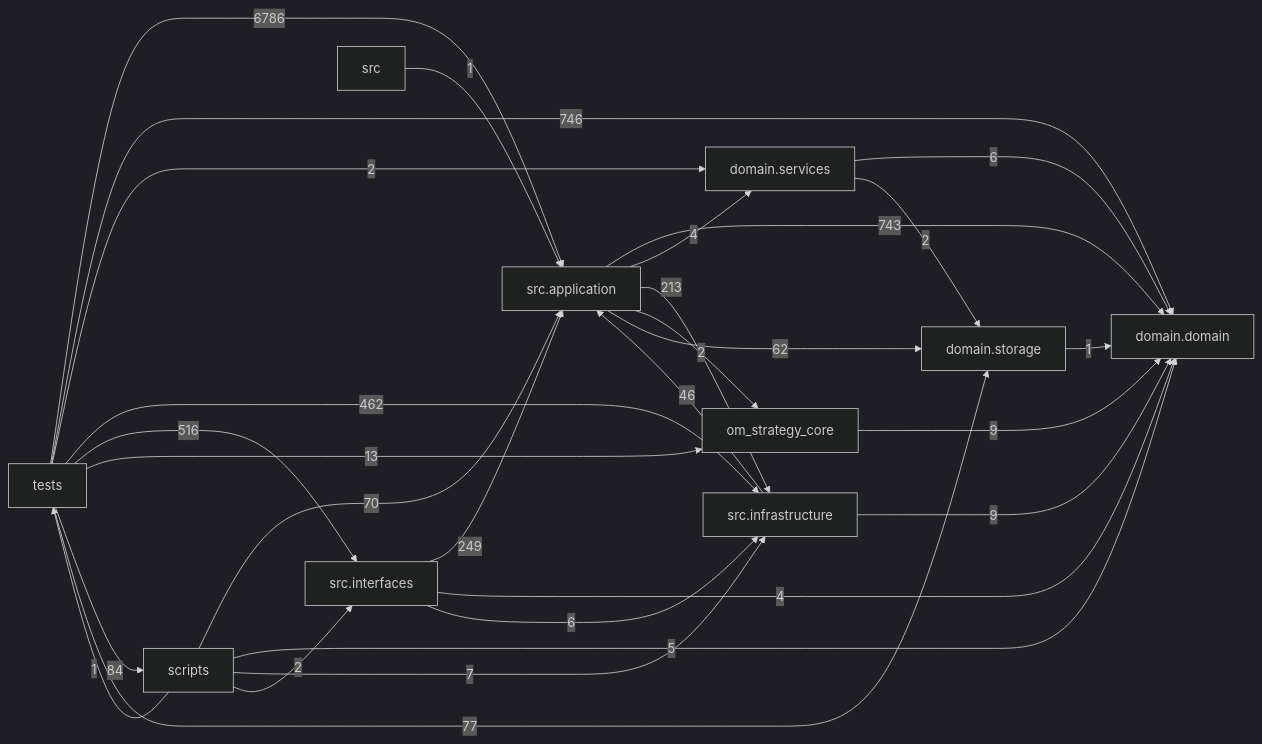
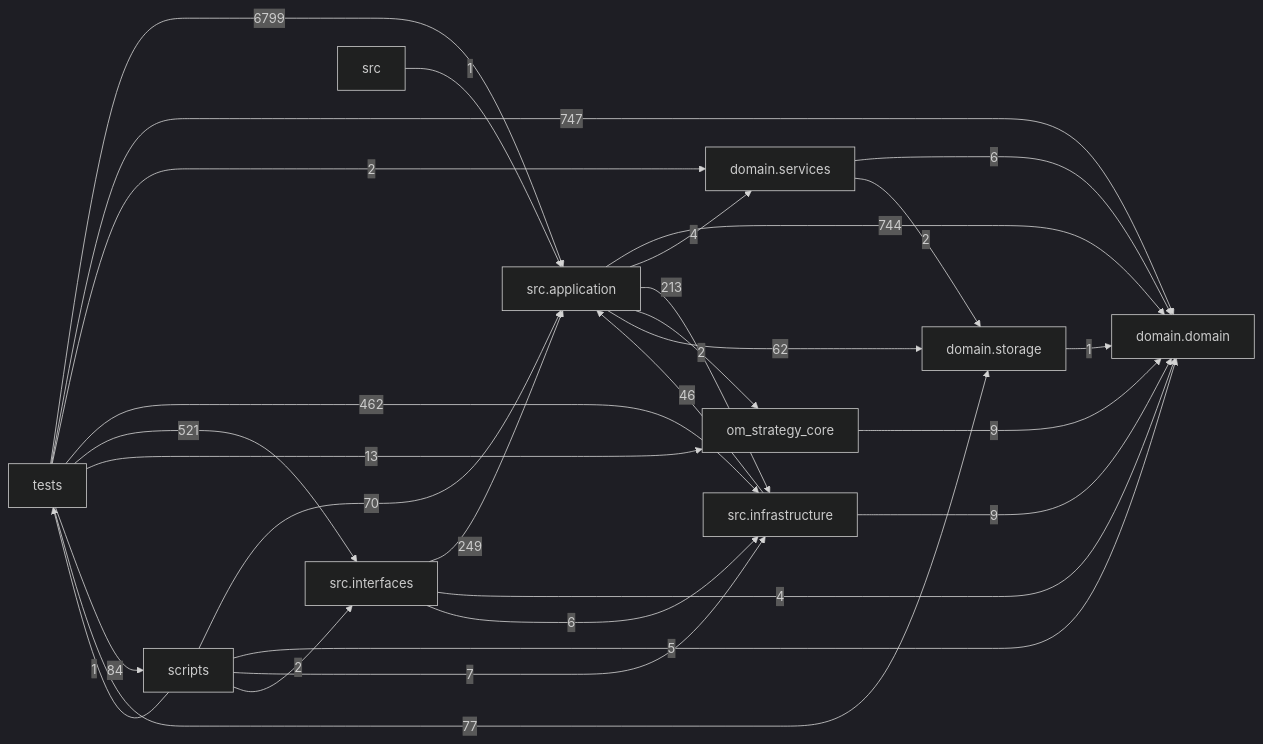
One commit to liuxie066/options-monitor changed the diagram in docs/DEPENDENCY_GRAPH.md. Above: the diagram before and after it, drawn with Mermaid (dark theme). The commit also changed other lines of this file and 20 other files, not shown here.

````diff
--- a/docs/DEPENDENCY_GRAPH.md
+++ b/docs/DEPENDENCY_GRAPH.md
@@ -24,39 +24,39 @@
 ```mermaid
 flowchart LR
   tests["tests"]
   scripts["scripts"]
   interfaces["src.interfaces"]
   application["src.application"]
   infrastructure["src.infrastructure"]
   domain_services["domain.services"]
   domain["domain.domain"]
   storage["domain.storage"]
-  application -->|743| domain
+  application -->|744| domain
   application -->|4| domain_services
   application -->|213| infrastructure
   application -->|2| om_strategy_core
   application -->|62| storage
   domain_services -->|6| domain
   domain_services -->|2| storage
   infrastructure -->|46| application
   infrastructure -->|9| domain
   interfaces -->|249| application
   interfaces -->|4| domain
   interfaces -->|6| infrastructure
   om_strategy_core -->|9| domain
   scripts -->|70| application
   scripts -->|5| domain
   scripts -->|7| infrastructure
   scripts -->|2| interfaces
   scripts -->|1| tests
   src -->|1| application
   storage -->|1| domain
-  tests -->|6786| application
-  tests -->|746| domain
+  tests -->|6799| application
+  tests -->|747| domain
   tests -->|2| domain_services
   tests -->|462| infrastructure
-  tests -->|516| interfaces
+  tests -->|521| interfaces
   tests -->|13| om_strategy_core
   tests -->|84| scripts
   tests -->|77| storage
 ```
````
